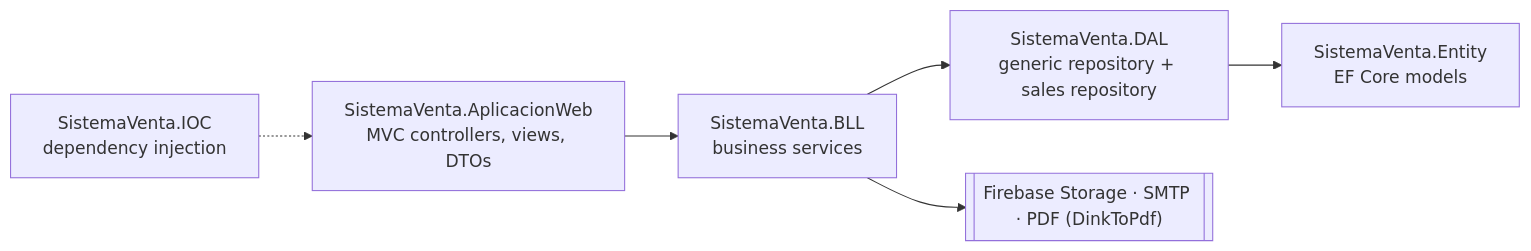
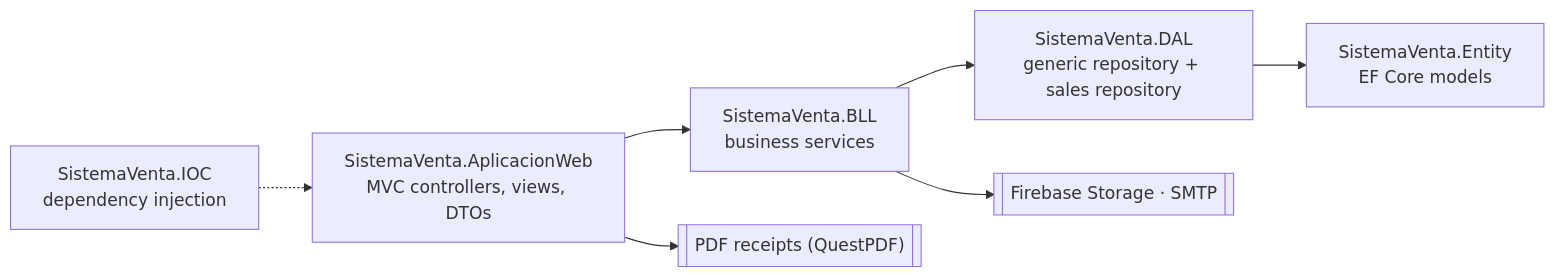
One commit to Daniiel18/SistemaVentas changed the diagram in README.md. Above: the diagram before and after it, drawn with Mermaid. The commit also changed other lines of this file, not shown here.

Commit message:
Update README for .NET 10, QuestPDF and the database scripts

````diff
--- a/README.md
+++ b/README.md
@@ -29,8 +30,9 @@
 ```mermaid
 flowchart LR
   Web["SistemaVenta.AplicacionWeb<br/>MVC controllers, views, DTOs"] --> BLL["SistemaVenta.BLL<br/>business services"]
   BLL --> DAL["SistemaVenta.DAL<br/>generic repository + sales repository"]
   DAL --> Entity["SistemaVenta.Entity<br/>EF Core models"]
   IOC["SistemaVenta.IOC<br/>dependency injection"] -.-> Web
-  BLL --> Ext[["Firebase Storage · SMTP · PDF (DinkToPdf)"]]
+  BLL --> Ext[["Firebase Storage · SMTP"]]
+  Web --> PDF[["PDF receipts (QuestPDF)"]]
 ```
````
